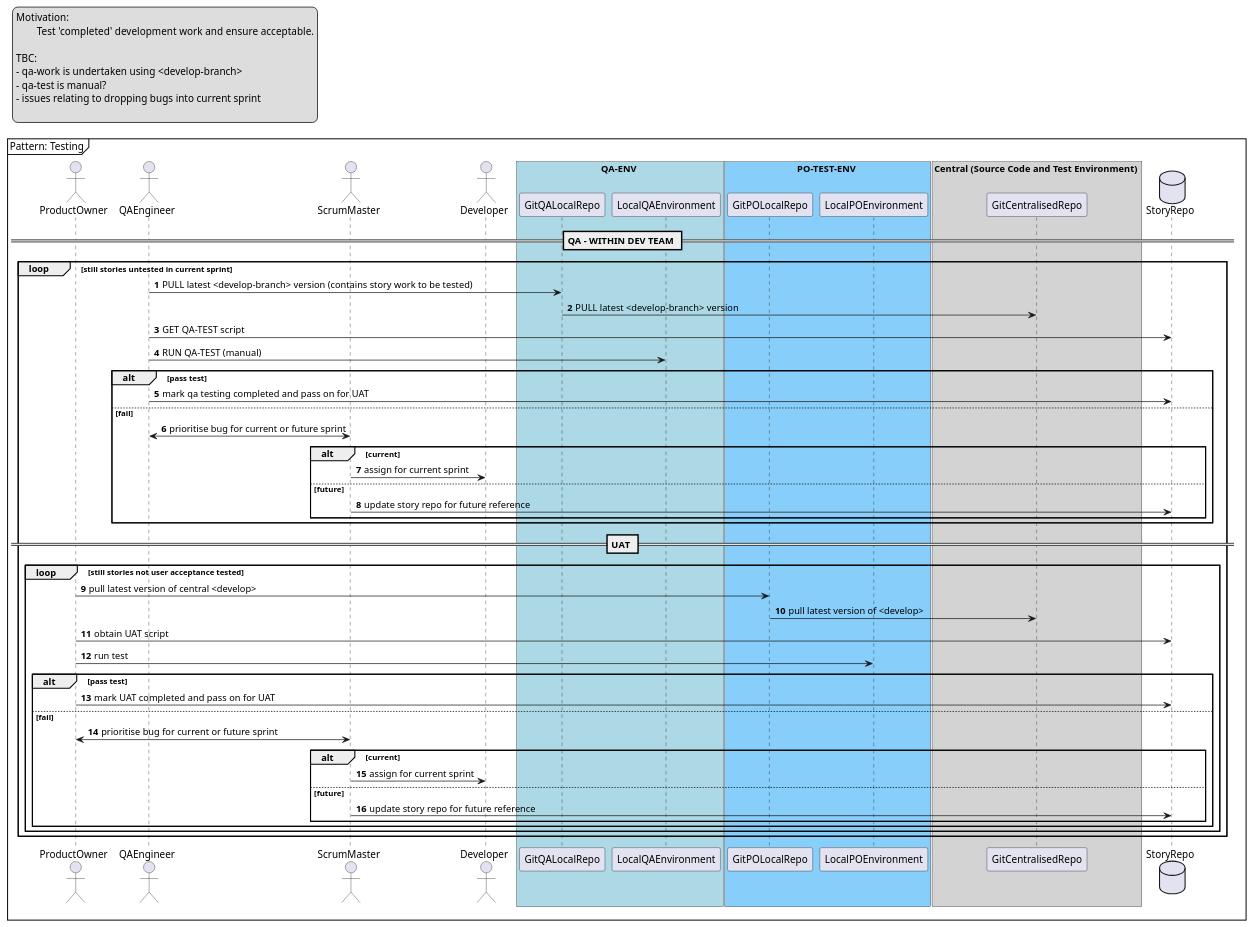
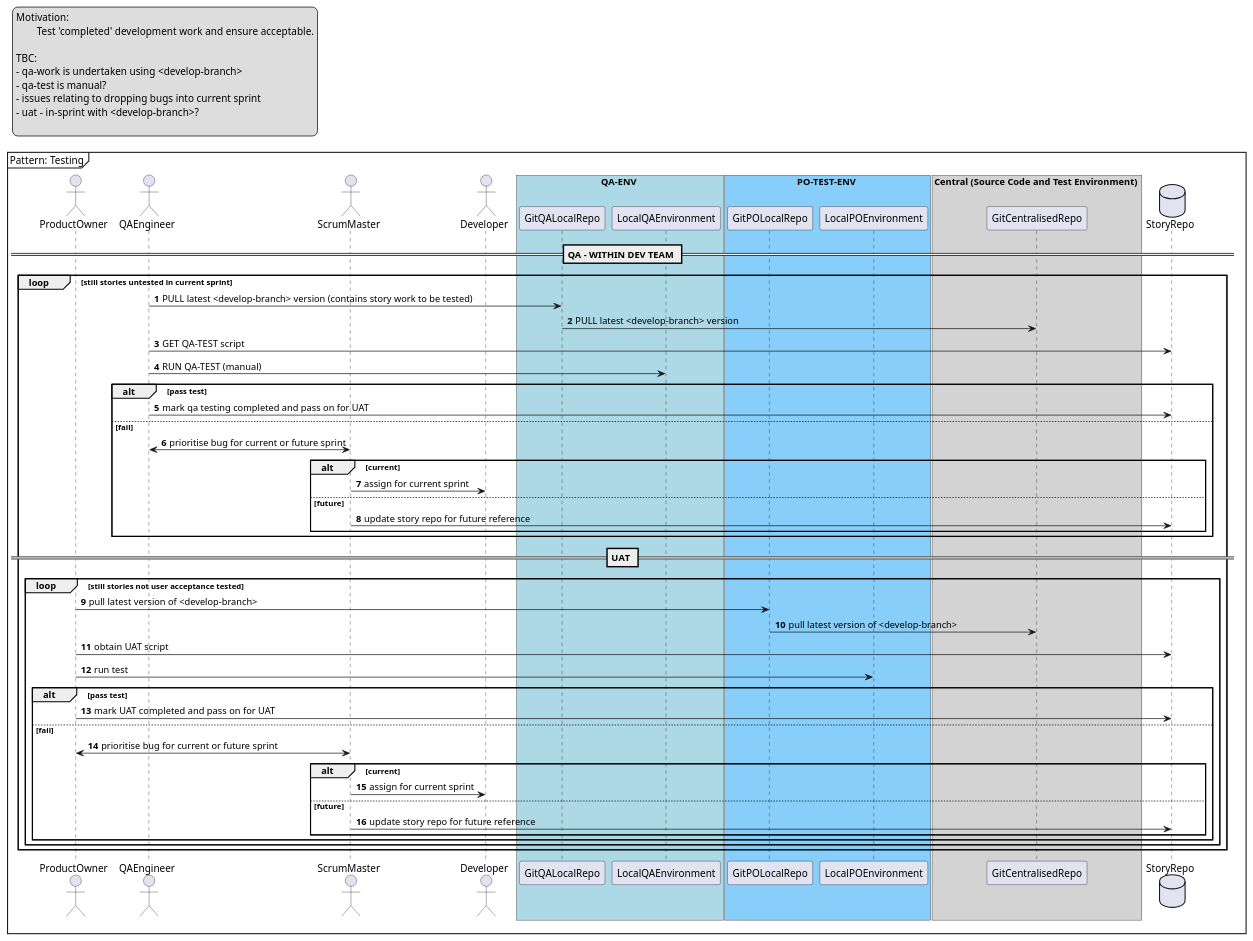
Before and after one commit to markcollinscope/epyx-process: the diagram in seq-qa-uat.puml, drawn with PlantUML.

Commit message:
<master>: reworking file structure

```diff
--- a/seq-qa-uat.puml
+++ b/seq-qa-uat.puml
@@ -1,84 +1,85 @@
 @startuml seq-qa-uat
 
 skinparam responseMessageBelowArrow true
 
 mainframe Pattern: Testing
 
 legend top left
 Motivation: 
 	Test 'completed' development work and ensure acceptable.
 
 TBC: 
 - qa-work is undertaken using <develop-branch> 
 - qa-test is manual?
 - issues relating to dropping bugs into current sprint
+- uat - in-sprint with <develop-branch>?
 
 end legend
 
 actor ProductOwner as po
 actor QAEngineer as qa
 actor ScrumMaster as sm
 actor Developer as dev
 
 box QA-ENV #LightBlue
 	participant GitQALocalRepo as gqlr
 	participant LocalQAEnvironment as lqe
 end box
 
 box PO-TEST-ENV #LightSkyBlue
 	participant GitPOLocalRepo as gplr
 	participant LocalPOEnvironment as lpe
 end box
 
 box Central (Source Code and Test Environment) #LightGray
 	participant GitCentralisedRepo as gc
 end box
 
 database StoryRepo as sr
 
 autonumber 0.0
 autonumber inc A
 
 == QA - WITHIN DEV TEAM ==
 
 autonumber 1
 loop still stories untested in current sprint
 	qa -> gqlr : PULL latest <develop-branch> version (contains story work to be tested)
 	gqlr -> gc : PULL latest <develop-branch> version
 	qa -> sr : GET QA-TEST script
 	qa -> lqe: RUN QA-TEST (manual)
 	
 	alt pass test
 		qa -> sr: mark qa testing completed and pass on for UAT
 	else fail
 		sm <-> qa: prioritise bug for current or future sprint
 		alt current
 			sm -> dev: assign for current sprint
 		else future
 			sm -> sr: update story repo for future reference
 		end
 	end
 
 == UAT ==
 
 loop still stories not user acceptance tested
-	po -> gplr: pull latest version of central <develop>
-	gplr -> gc: pull latest version of <develop>
+	po -> gplr: pull latest version of <develop-branch>
+	gplr -> gc: pull latest version of <develop-branch>
 	po -> sr: obtain UAT script
 	po -> lpe: run test
 	
 	alt pass test
 		po -> sr: mark UAT completed and pass on for UAT
 	else fail
 		sm <-> po: prioritise bug for current or future sprint
 		alt current
 			sm -> dev: assign for current sprint
 		else future
 			sm -> sr: update story repo for future reference
 		end
 	end
 end
 	
 end loop
 
 @enduml
```
